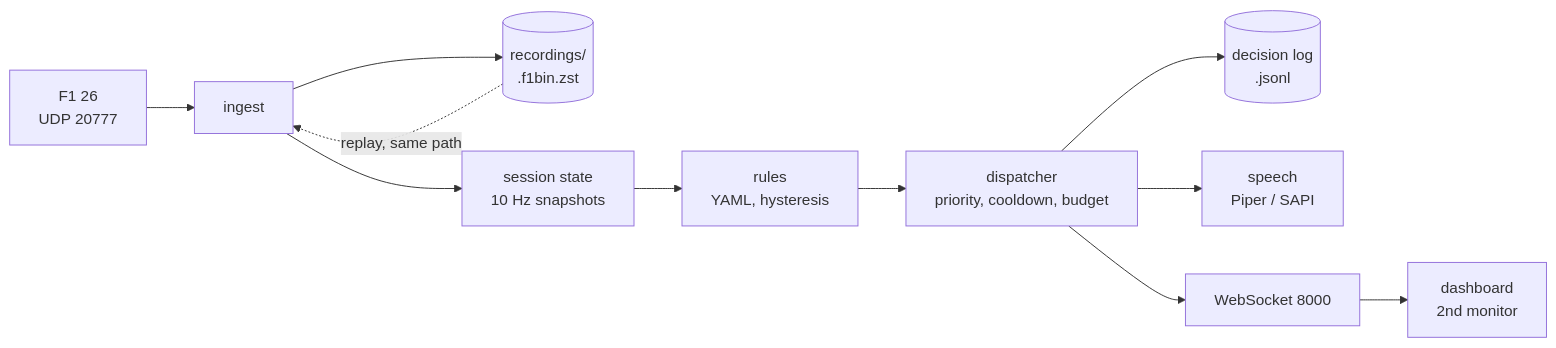
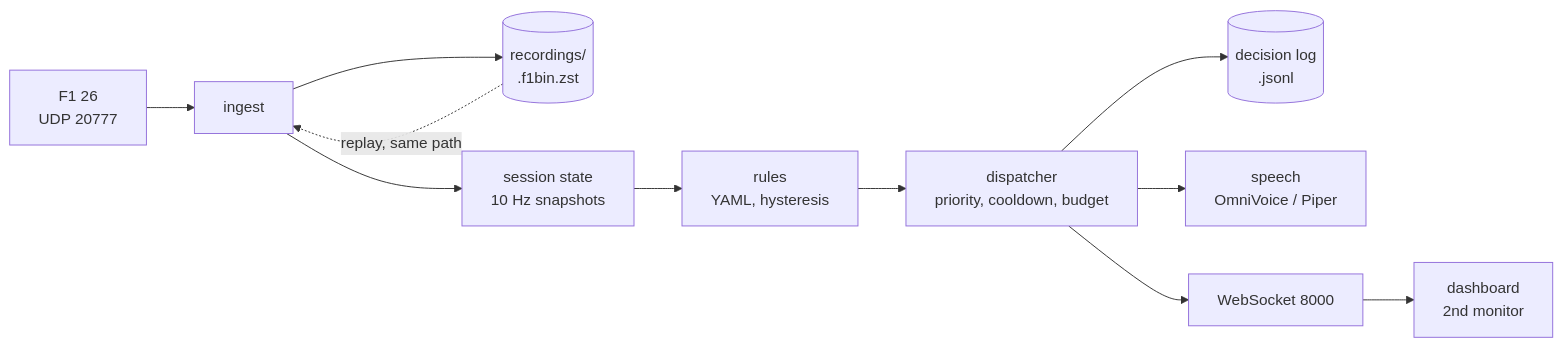
The diagram in README.md (artsworks/f1-pitwall), drawn with Mermaid before and after one commit. The commit also changed other lines of this file and 20 other files, not shown here.

Commit message:
feat(speech)!: remove the SAPI speech engine

````diff
--- a/README.md
+++ b/README.md
@@ -119,12 +119,12 @@
 ```mermaid
 flowchart LR
     game[F1 26<br/>UDP 20777] --> ingest
     ingest --> rec[(recordings/<br/>.f1bin.zst)]
     ingest --> state[session state<br/>10 Hz snapshots]
     state --> rules[rules<br/>YAML, hysteresis]
     rules --> disp[dispatcher<br/>priority, cooldown, budget]
     disp --> log[(decision log<br/>.jsonl)]
-    disp --> speech[speech<br/>Piper / SAPI]
+    disp --> speech[speech<br/>OmniVoice / Piper]
     disp --> ws[WebSocket 8000] --> ui[dashboard<br/>2nd monitor]
     rec -.replay, same path.-> ingest
 ```
````
